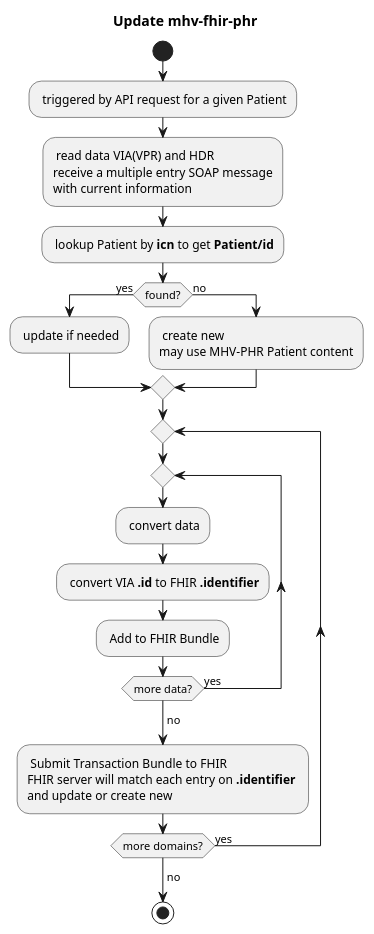
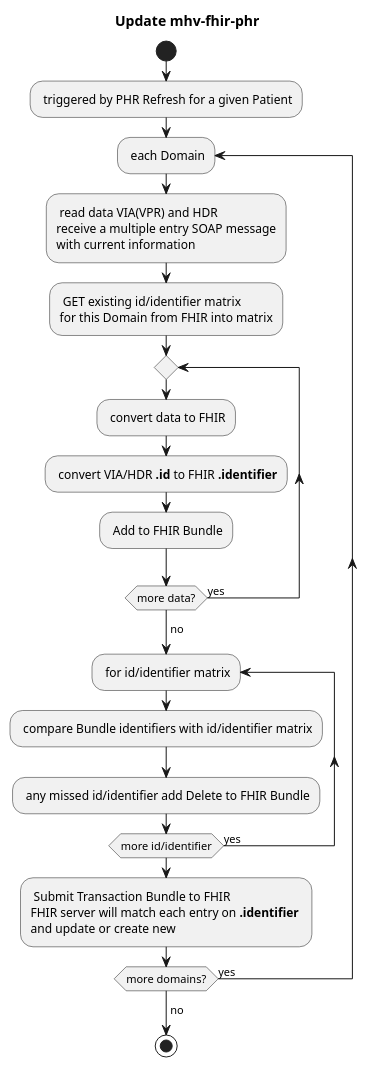
The diagram in input/images-source/update-flow.plantuml (department-of-veterans-affairs/mhv-fhir-phr-mapping), drawn with PlantUML before and after one commit. The commit also changed 7 other files, not shown here.

Commit message:
update-flow improvements

```diff
--- a/input/images-source/update-flow.plantuml
+++ b/input/images-source/update-flow.plantuml
@@ -1,37 +1,37 @@
 @startuml
 title Update mhv-fhir-phr
 
 
 start
-: triggered by API request for a given Patient;
+: triggered by PHR Refresh for a given Patient;
+
+repeat : each Domain;
 
 : read data VIA(VPR) and HDR
 receive a multiple entry SOAP message
 with current information;
 
-: lookup Patient by **icn** to get **Patient/id**;
-if (found?) then (yes)
-  : update if needed;
-else (no)
-  : create new
-  may use MHV-PHR Patient content;
-endif 
 
-repeat 
+  : GET existing id/identifier matrix
+  for this Domain from FHIR into matrix;
   repeat
-    : convert data;
-    : convert VIA **.id** to FHIR **.identifier**;
+    : convert data to FHIR;
+    : convert VIA/HDR **.id** to FHIR **.identifier**;
     : Add to FHIR Bundle;
   repeat while (more data?) is (yes)
   ->no;
+  repeat : for id/identifier matrix
+    : compare Bundle identifiers with id/identifier matrix;
+    : any missed id/identifier add Delete to FHIR Bundle;
+  repeat while (more id/identifier) is (yes)
   : Submit Transaction Bundle to FHIR
   FHIR server will match each entry on **.identifier** 
   and update or create new;
 
 repeat while (more domains?) is (yes)
 ->no;
 
 
 stop
 
 @enduml
```
